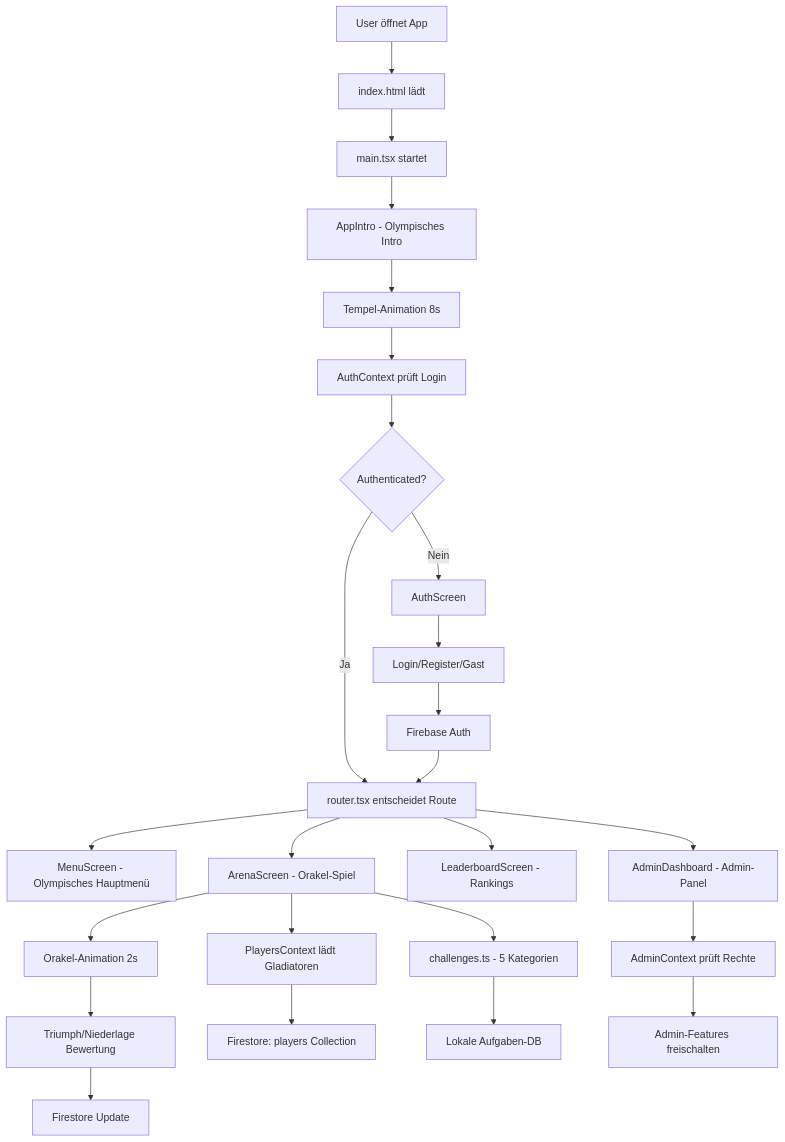
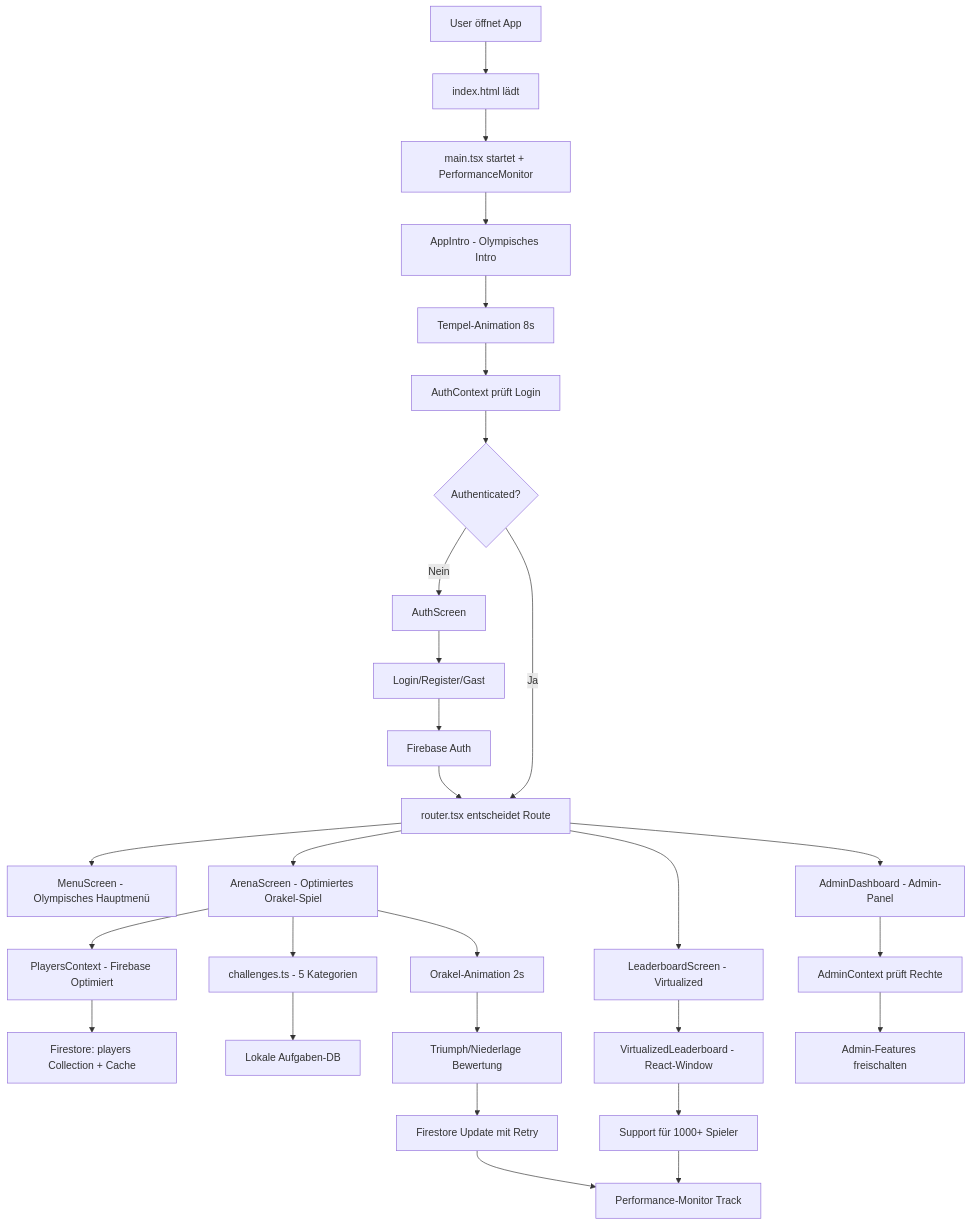
Before and after one commit to Schmidtstar/mallex-remote-api: the diagram in docs/ARCHITECTURE_FLOW.md, drawn with Mermaid. The commit also changed other lines of this file and 3 other files, not shown here.

````diff
--- a/docs/ARCHITECTURE_FLOW.md
+++ b/docs/ARCHITECTURE_FLOW.md
@@ -35,33 +38,39 @@
 ```mermaid
 graph TD
     A[User öffnet App] --> B[index.html lädt]
-    B --> C[main.tsx startet]
+    B --> C[main.tsx startet + PerformanceMonitor]
     C --> D[AppIntro - Olympisches Intro]
     D --> E[Tempel-Animation 8s]
     E --> F[AuthContext prüft Login]
     F --> G{Authenticated?}
     
     G -->|Nein| H[AuthScreen]
     G -->|Ja| I[router.tsx entscheidet Route]
     
     H --> J[Login/Register/Gast]
     J --> K[Firebase Auth]
     K --> I
     
     I --> L[MenuScreen - Olympisches Hauptmenü]
-    I --> M[ArenaScreen - Orakel-Spiel]
-    I --> N[LeaderboardScreen - Rankings]
+    I --> M[ArenaScreen - Optimiertes Orakel-Spiel]
+    I --> N[LeaderboardScreen - Virtualized]
     I --> O[AdminDashboard - Admin-Panel]
     
-    M --> P[PlayersContext lädt Gladiatoren]
+    M --> P[PlayersContext - Firebase Optimiert]
     M --> Q[challenges.ts - 5 Kategorien]
     M --> R[Orakel-Animation 2s]
     R --> S[Triumph/Niederlage Bewertung]
-    S --> T[Firestore Update]
+    S --> T[Firestore Update mit Retry]
     
-    P --> U[Firestore: players Collection]
-    Q --> V[Lokale Aufgaben-DB]
+    N --> U[VirtualizedLeaderboard - React-Window]
+    U --> V[Support für 1000+ Spieler]
     
-    O --> W[AdminContext prüft Rechte]
-    W --> X[Admin-Features freischalten]
+    P --> W[Firestore: players Collection + Cache]
+    Q --> X[Lokale Aufgaben-DB]
+    
+    O --> Y[AdminContext prüft Rechte]
+    Y --> Z[Admin-Features freischalten]
+    
+    T --> AA[Performance-Monitor Track]
+    V --> AA
 ```
````
